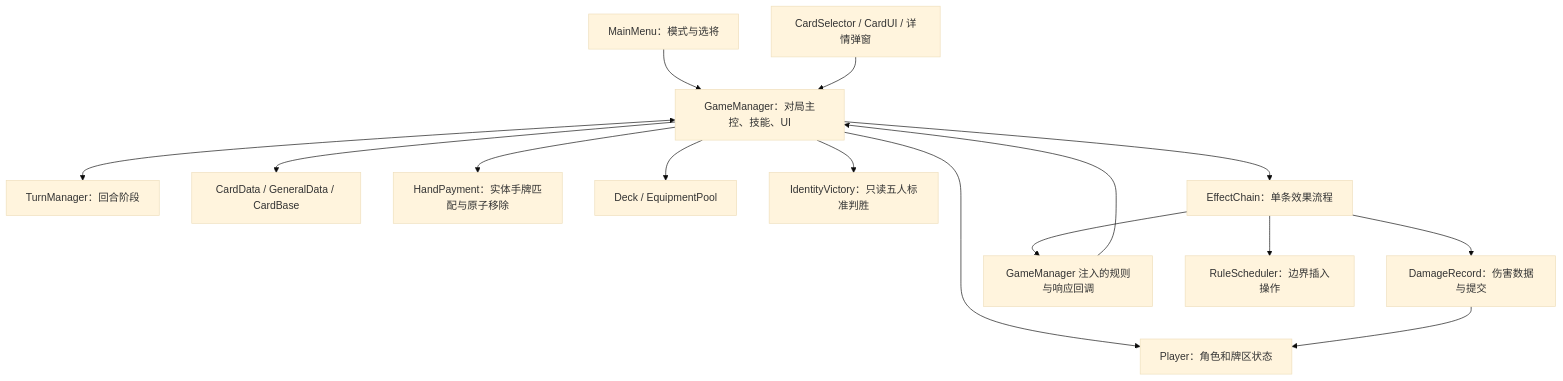
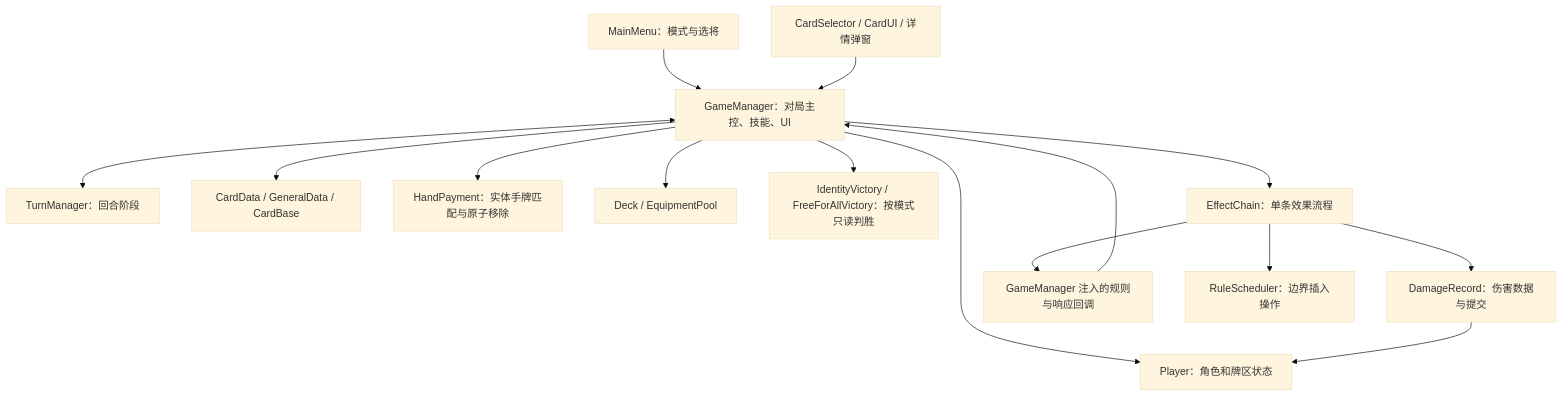
Before and after one commit to i-iillusion/xiaoyuansha: the first of 2 diagrams in Docs/HumanAgent/项目架构设计.md, drawn with Mermaid (base theme). The commit also changed other lines of this file and 24 other files, not shown here.

First line of the commit message:
feat: add determined-card reuse and free-for-all victory

````diff
--- a/Docs/HumanAgent/项目架构设计.md
+++ b/Docs/HumanAgent/项目架构设计.md
@@ -24,17 +24,17 @@
 ```mermaid
 flowchart TD
     Menu[MainMenu：模式与选将] --> GM[GameManager：对局主控、技能、UI]
     UI[CardSelector / CardUI / 详情弹窗] --> GM
     GM <--> TM[TurnManager：回合阶段]
     GM --> Player[Player：角色和牌区状态]
     GM --> Data[CardData / GeneralData / CardBase]
     GM --> Payment[HandPayment：实体手牌匹配与原子移除]
     GM --> Pools[Deck / EquipmentPool]
-    GM --> Victory[IdentityVictory：只读五人标准判胜]
+    GM --> Victory[IdentityVictory / FreeForAllVictory：按模式只读判胜]
     GM --> Chain[EffectChain：单条效果流程]
     Chain --> Record[DamageRecord：伤害数据与提交]
     Record --> Player
     Chain --> Hooks[GameManager 注入的规则与响应回调]
     Hooks --> GM
     Chain --> Scheduler[RuleScheduler：边界插入操作]
 ```
````
